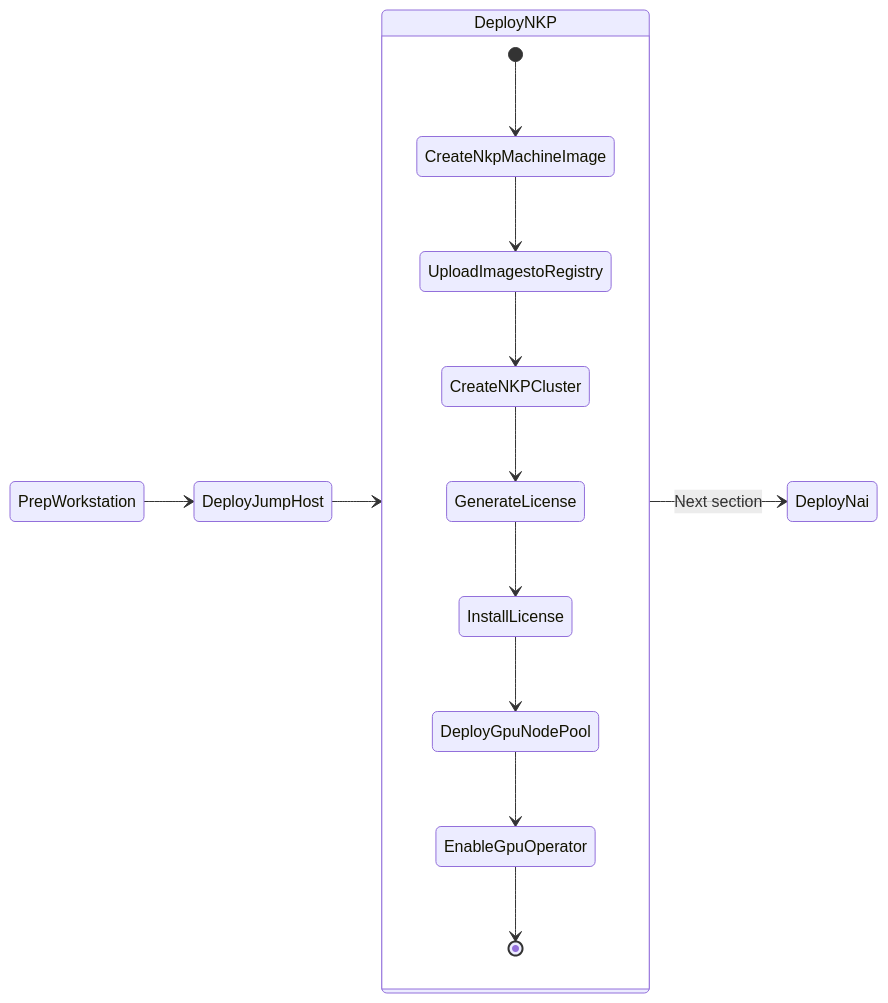
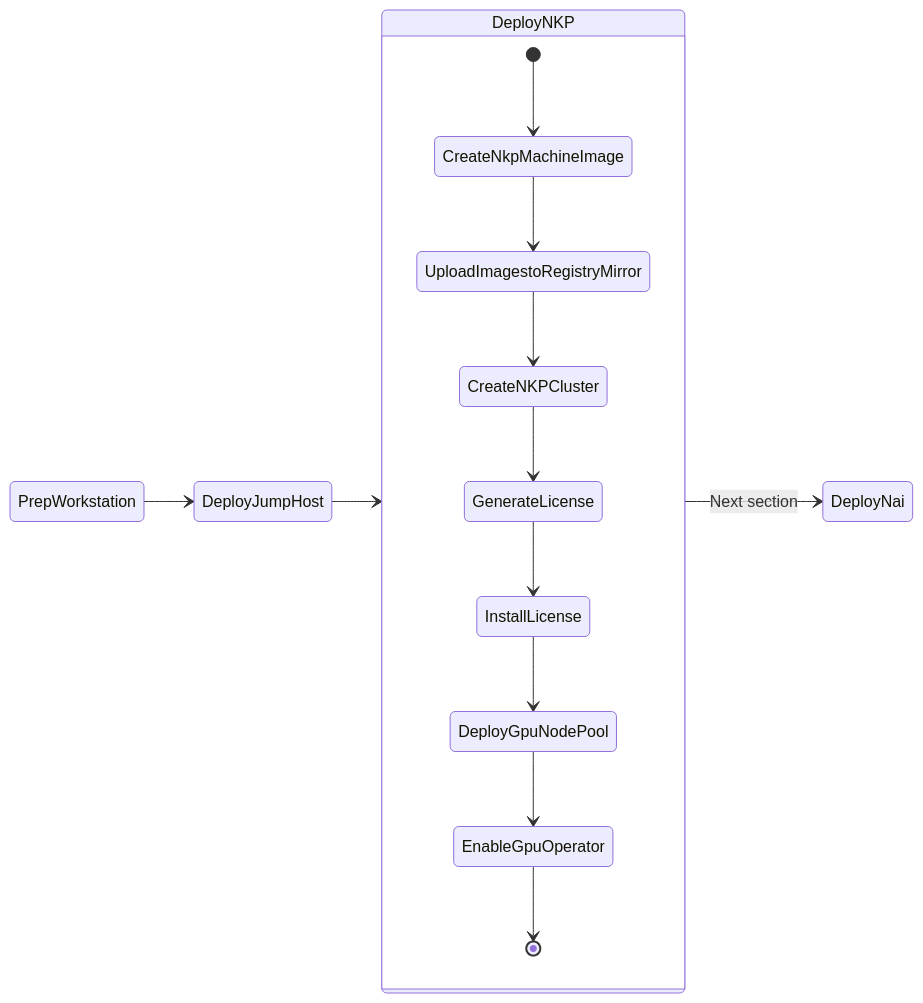
One commit to nutanix-japan/nai-llm changed the diagram in docs/airgap_nai/infra_nkp_airgap.md. Above: the diagram before and after it, drawn with Mermaid. The commit also changed other lines of this file and 4 other files, not shown here.

Commit message:
Update: registry mirror and day 2 DS updates

````diff
--- a/docs/airgap_nai/infra_nkp_airgap.md
+++ b/docs/airgap_nai/infra_nkp_airgap.md
@@ -14,19 +14,19 @@
 ```mermaid
 stateDiagram-v2
     direction LR
     
     state DeployNKP {
         [*] --> CreateNkpMachineImage
-        CreateNkpMachineImage --> UploadImagestoRegistry
-        UploadImagestoRegistry -->  CreateNKPCluster
+        CreateNkpMachineImage --> UploadImagestoRegistryMirror
+        UploadImagestoRegistryMirror -->  CreateNKPCluster
         CreateNKPCluster --> GenerateLicense
         GenerateLicense --> InstallLicense
         InstallLicense --> DeployGpuNodePool
         DeployGpuNodePool --> EnableGpuOperator
         EnableGpuOperator --> [*]
     }
 
     PrepWorkstation --> DeployJumpHost 
     DeployJumpHost --> DeployNKP 
     DeployNKP --> DeployNai : Next section
 ```
````
